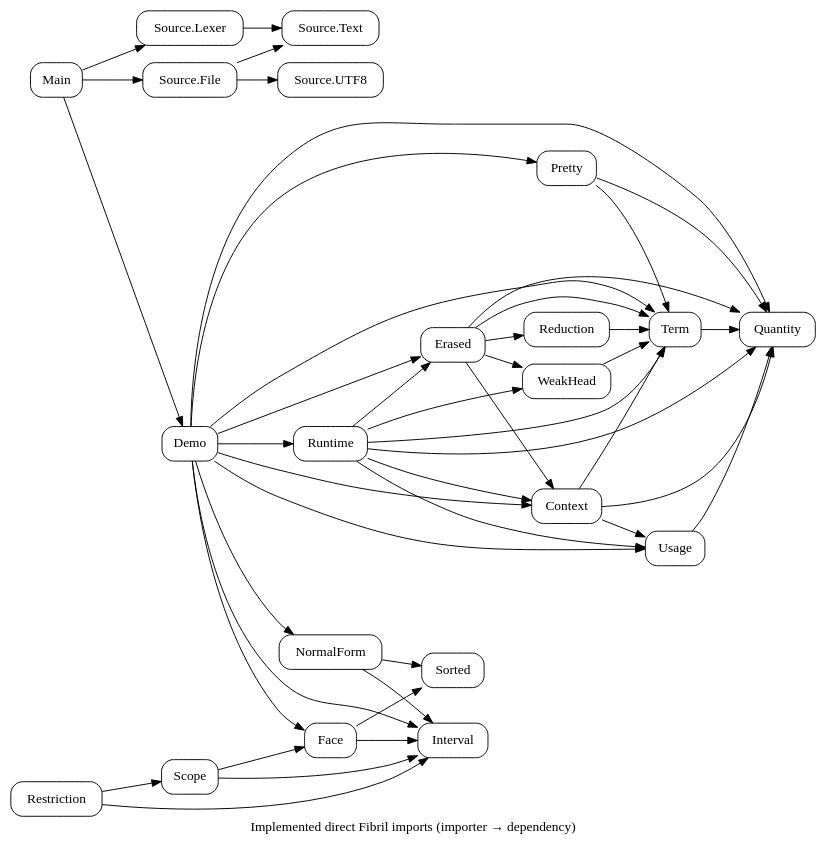
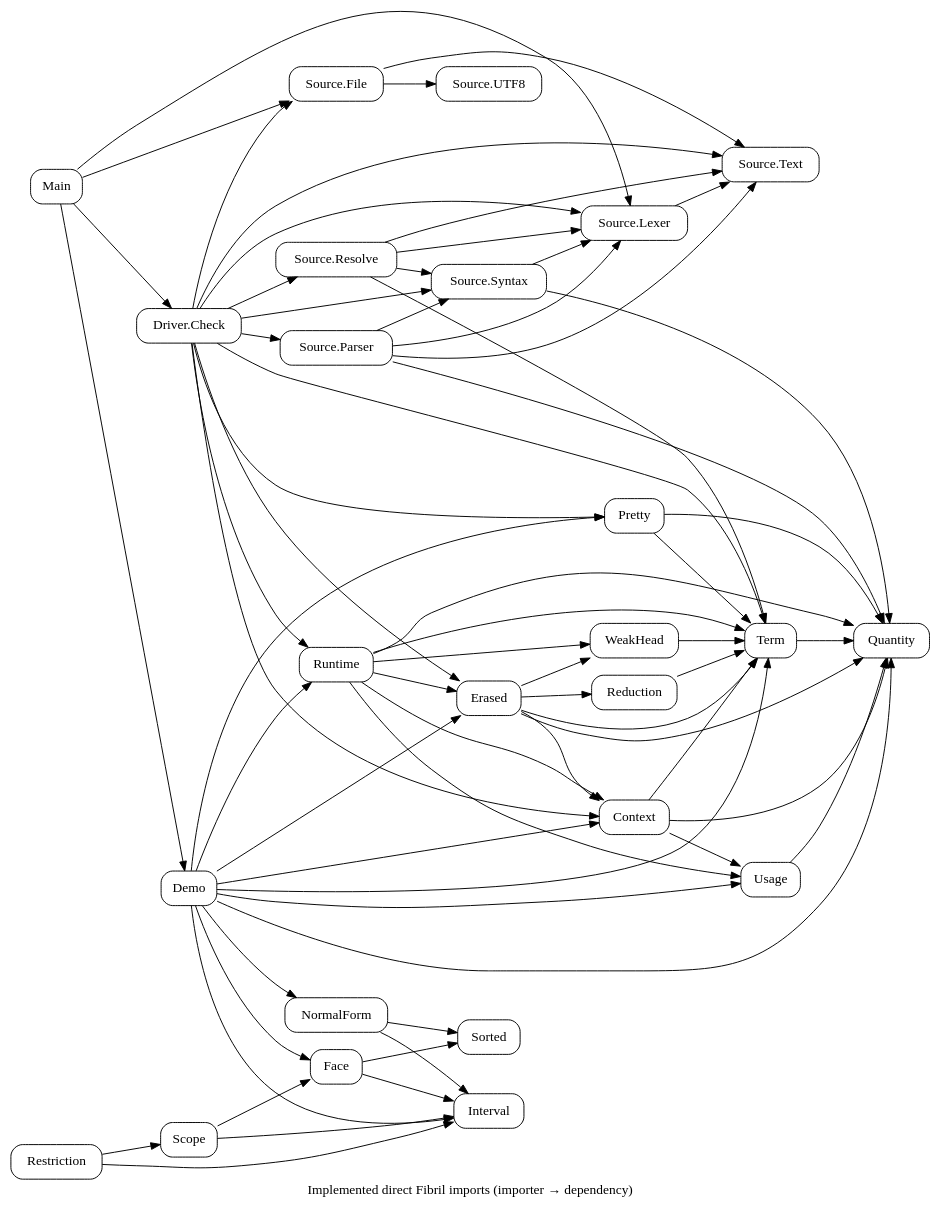
The diagram in docs/diagrams/modules.dot (odunboye/fibril), drawn with Graphviz before and after one commit. The commit also changed 28 other files, not shown here.

Commit message:
Add annotated expression parser, name resolution, and source checking CLI

```diff
--- a/docs/diagrams/modules.dot
+++ b/docs/diagrams/modules.dot
@@ -1,17 +1,22 @@
 digraph Modules {
 rankdir=LR; node [shape=box,style=rounded];
 "Source.File" -> {"Source.UTF8" "Source.Text"};
 Main -> {"Source.File" "Source.Lexer"};
 "Source.Lexer" -> "Source.Text";
+"Source.Syntax" -> {Quantity "Source.Lexer"};
+"Source.Parser" -> {Quantity "Source.Text" "Source.Lexer" "Source.Syntax"};
+"Source.Resolve" -> {Term "Source.Text" "Source.Lexer" "Source.Syntax"};
+"Driver.Check" -> {"Source.Text" "Source.Lexer" "Source.Syntax" "Source.Parser" "Source.Resolve" "Source.File" Term Context Pretty Erased Runtime};
+Main -> "Driver.Check";
 Quantity; Interval; NormalForm; Face; Scope; Restriction; Term;
 NormalForm -> {Interval Sorted}; Face -> {Interval Sorted};
 Scope -> {Interval Face}; Restriction -> {Interval Scope};
 Demo -> {Quantity Term Context Usage Pretty Erased Runtime Interval NormalForm Face};
 Main -> Demo;
 Pretty -> {Quantity Term};
 Term -> Quantity; Usage -> Quantity; Context -> {Quantity Term Usage};
 Reduction -> Term; WeakHead -> Term;
 Erased -> {Quantity Term Context Reduction WeakHead};
 Runtime -> {Quantity Term Context Usage WeakHead Erased};
 label="Implemented direct Fibril imports (importer → dependency)";
 }
```
